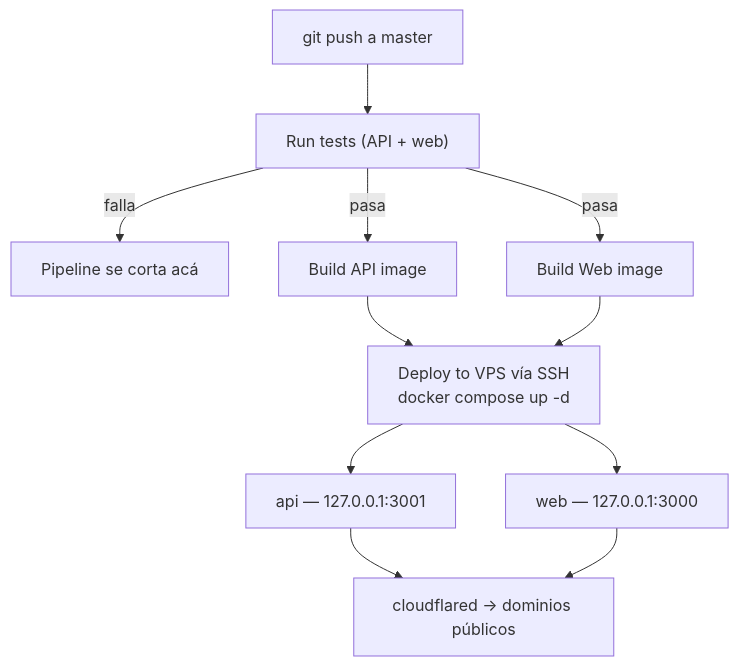
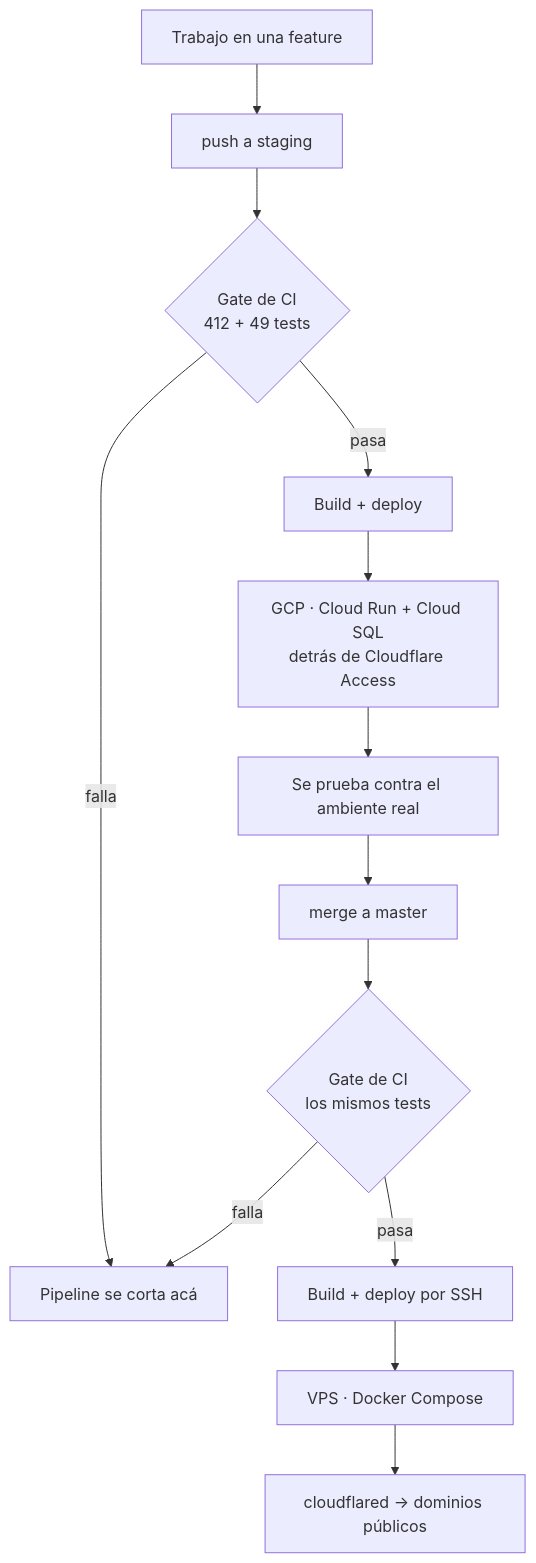
Before and after one commit to joaoboy89/guau: the diagram in README.es.md, drawn with Mermaid. The commit also changed other lines of this file and 1 other file, not shown here.

Commit message:
docs(readme): reflejar el pipeline real staging->master en los dos idiomas
El diagrama todavia mostraba el flujo viejo (push directo a master).
Se actualiza para mostrar el gate de CI en cada rama, el paso por GCP
staging contra el ambiente real, y recien despues el deploy a master
via VPS. Se saca ademas la seccion "Documentacion adicional" sobre
docs/, que quedaba redundante con la nota que ya esta en la seccion
de estructura del repo.

````diff
--- a/README.es.md
+++ b/README.es.md
@@ -173,11 +172,15 @@
 ```mermaid
 flowchart TD
-    A[git push a master] --> B["Run tests (API + web)"]
-    B -->|falla| C[Pipeline se corta acá]
-    B -->|pasa| D[Build API image]
-    B -->|pasa| E[Build Web image]
-    D & E --> F["Deploy to VPS vía SSH\ndocker compose up -d"]
-    F --> G[api — 127.0.0.1:3001]
-    F --> H[web — 127.0.0.1:3000]
-    G & H --> I[cloudflared → dominios públicos]
+    A[Trabajo en una feature] --> B[push a staging]
+    B --> C{Gate de CI<br/>412 + 49 tests}
+    C -->|falla| X[Pipeline se corta acá]
+    C -->|pasa| D[Build + deploy]
+    D --> E[GCP · Cloud Run + Cloud SQL<br/>detrás de Cloudflare Access]
+    E --> F[Se prueba contra el ambiente real]
+    F --> G[merge a master]
+    G --> H{Gate de CI<br/>los mismos tests}
+    H -->|falla| X
+    H -->|pasa| I[Build + deploy por SSH]
+    I --> J[VPS · Docker Compose]
+    J --> K[cloudflared → dominios públicos]
 ```
````
